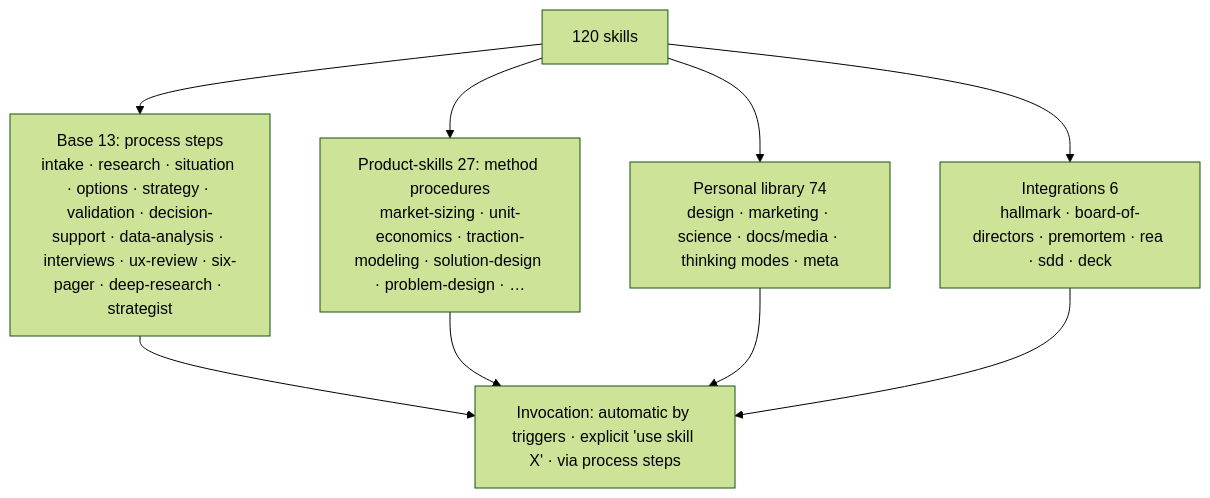
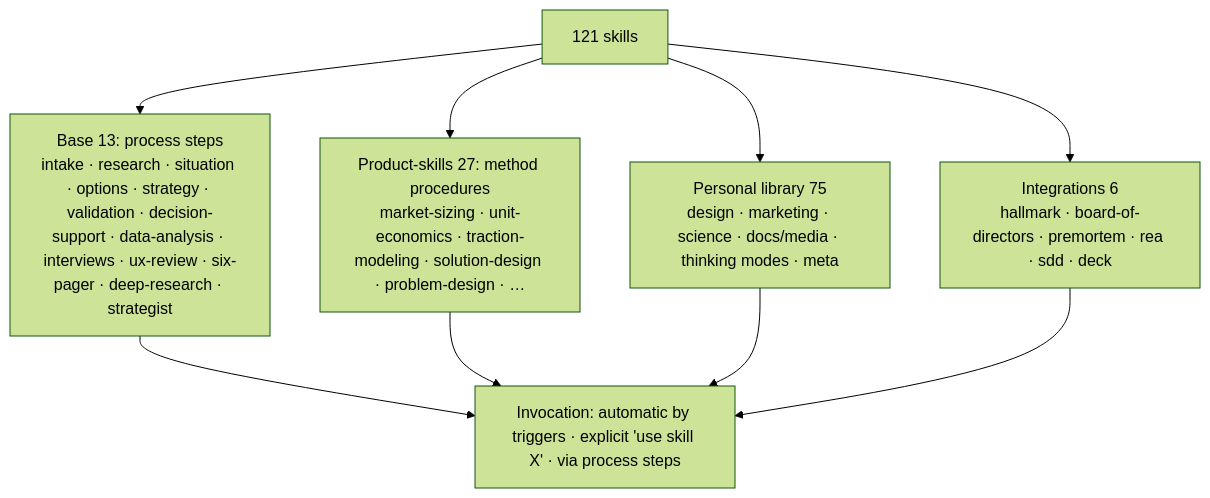
One commit to Fighter90/product-factory-strategist changed the third of 4 diagrams in README_EN.md. Above: the diagram before and after it, drawn with Mermaid (forest theme). The commit also changed other lines of this file and 93 other files, not shown here.

````diff
--- a/README_EN.md
+++ b/README_EN.md
@@ -144,8 +144,8 @@
 ```mermaid
 flowchart TB
-  SK["120 skills"] --> B["Base 13: process steps<br/>intake · research · situation · options · strategy · validation · decision-support · data-analysis · interviews · ux-review · six-pager · deep-research · strategist"]
+  SK["121 skills"] --> B["Base 13: process steps<br/>intake · research · situation · options · strategy · validation · decision-support · data-analysis · interviews · ux-review · six-pager · deep-research · strategist"]
   SK --> P["Product-skills 27: method procedures<br/>market-sizing · unit-economics · traction-modeling · solution-design · problem-design · …"]
-  SK --> L["Personal library 74<br/>design · marketing · science · docs/media · thinking modes · meta"]
+  SK --> L["Personal library 75<br/>design · marketing · science · docs/media · thinking modes · meta"]
   SK --> INT["Integrations 6<br/>hallmark · board-of-directors · premortem · rea · sdd · deck"]
   B & P & L & INT --> INV["Invocation: automatic by triggers · explicit 'use skill X' · via process steps"]
 ```
````
